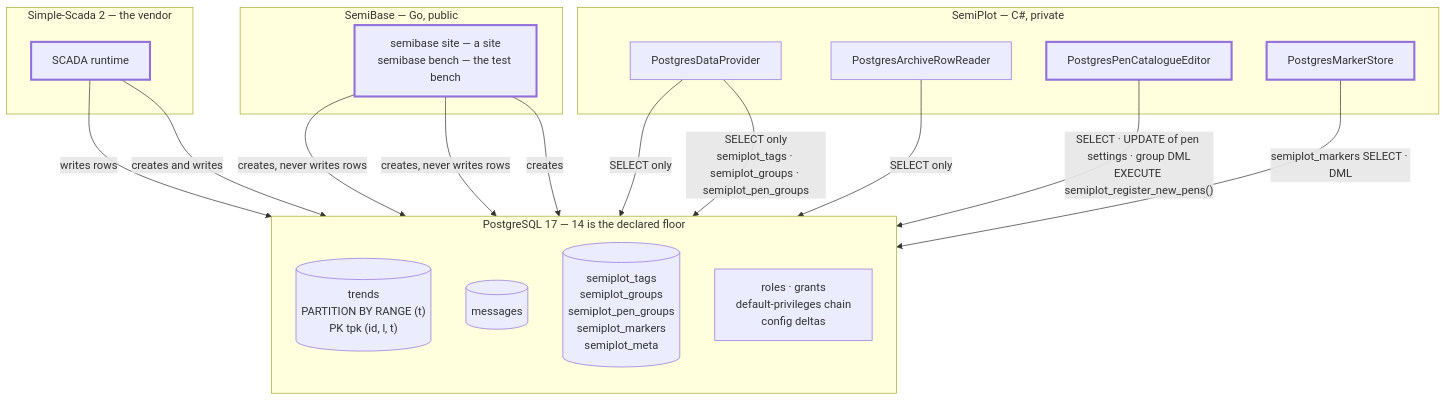
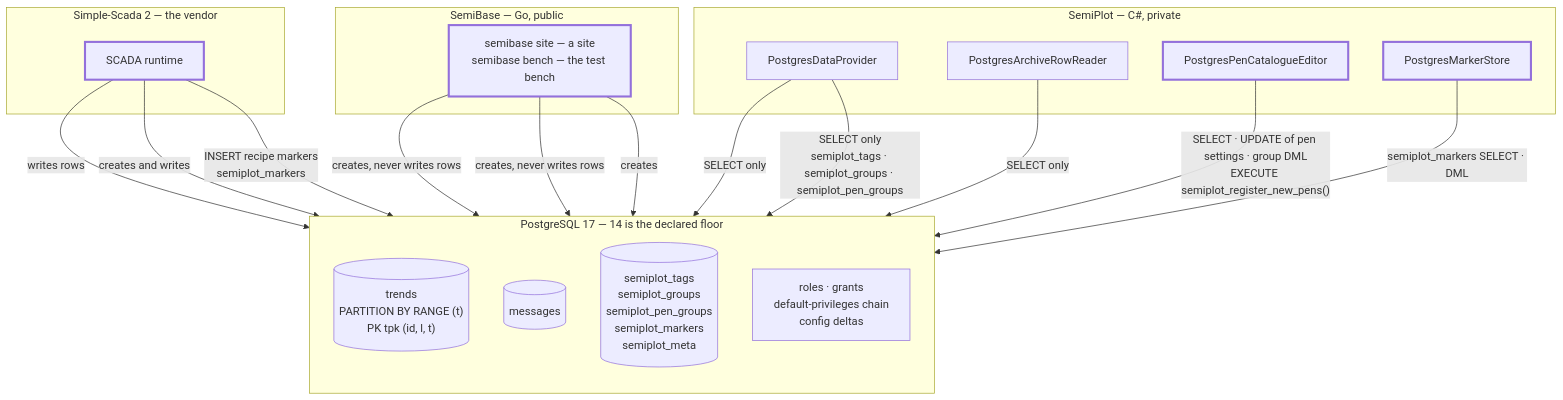
Before and after one commit to Semiteq/SemiPlot: the first of 5 diagrams in docs/architecture/postgres-topology.md, drawn with Mermaid. The commit also changed 44 other files, not shown here.

````diff
--- a/docs/architecture/postgres-topology.md
+++ b/docs/architecture/postgres-topology.md
@@ -11,39 +11,40 @@
 ```mermaid
 flowchart TB
     subgraph vendor["Simple-Scada 2 — the vendor"]
         scada["SCADA runtime"]
     end
 
     subgraph semibase["SemiBase — Go, public"]
         prov["semibase site — a site<br/>semibase bench — the test bench"]
     end
 
     subgraph db["PostgreSQL 17 — 14 is the declared floor"]
         direction TB
         trends[("trends<br/>PARTITION BY RANGE (t)<br/>PK tpk (id, l, t)")]
         msgs[("messages")]
         config[("semiplot_tags<br/>semiplot_groups<br/>semiplot_pen_groups<br/>semiplot_markers<br/>semiplot_meta")]
         roles["roles · grants<br/>default-privileges chain<br/>config deltas"]
     end
 
     subgraph semiplot["SemiPlot — C#, private"]
         prov2["PostgresDataProvider"]
         editor["PostgresPenCatalogueEditor"]
         markers["PostgresMarkerStore"]
         rows["PostgresArchiveRowReader"]
     end
 
     scada -- "writes rows" --> trends
     scada -- "creates and writes" --> msgs
+    scada -- "INSERT recipe markers<br/>semiplot_markers" --> config
     prov -- "creates, never writes rows" --> trends
     prov -- "creates, never writes rows" --> config
     prov -- "creates" --> roles
     prov2 -- "SELECT only" --> trends
     prov2 -- "SELECT only<br/>semiplot_tags · semiplot_groups · semiplot_pen_groups" --> config
     rows -- "SELECT only" --> trends
     editor -- "SELECT · UPDATE of pen settings · group DML<br/>EXECUTE semiplot_register_new_pens()" --> config
     markers -- "semiplot_markers SELECT · DML" --> config
 
     classDef write stroke-width:3px
     class scada,prov,editor,markers write
 ```
````
